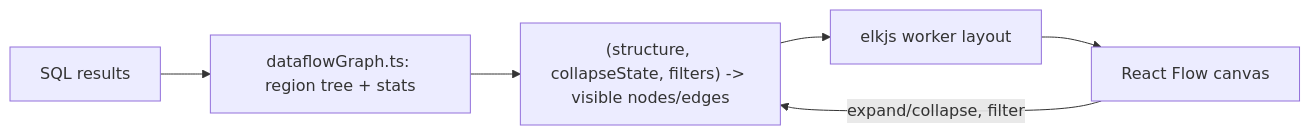
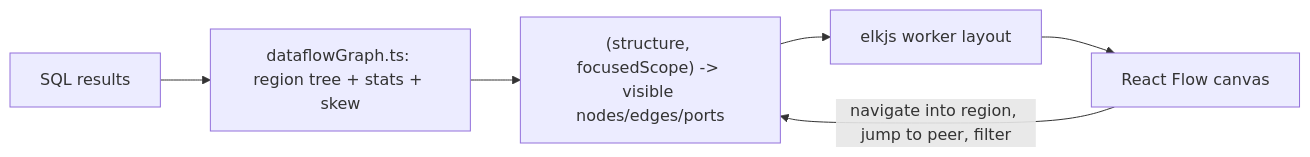
Before and after one commit to MaterializeInc/materialize: the diagram in console/doc/design/20260706_dataflow_visualizer_rebuild.md, drawn with Mermaid. The commit also changed other lines of this file, not shown here.

Commit message:
console: update dataflow visualizer design doc for drill-down + skew

````diff
--- a/console/doc/design/20260706_dataflow_visualizer_rebuild.md
+++ b/console/doc/design/20260706_dataflow_visualizer_rebuild.md
@@ -94,8 +91,8 @@
 ```mermaid
 flowchart LR
-    sql[SQL results] --> structure[dataflowGraph.ts: region tree + stats]
-    structure --> visible["(structure, collapseState, filters) -> visible nodes/edges"]
+    sql[SQL results] --> structure[dataflowGraph.ts: region tree + stats + skew]
+    structure --> visible["(structure, focusedScope) -> visible nodes/edges/ports"]
     visible --> elk[elkjs worker layout]
     elk --> rf[React Flow canvas]
-    rf -- expand/collapse, filter --> visible
+    rf -- navigate into region, jump to peer, filter --> visible
 ```
````
